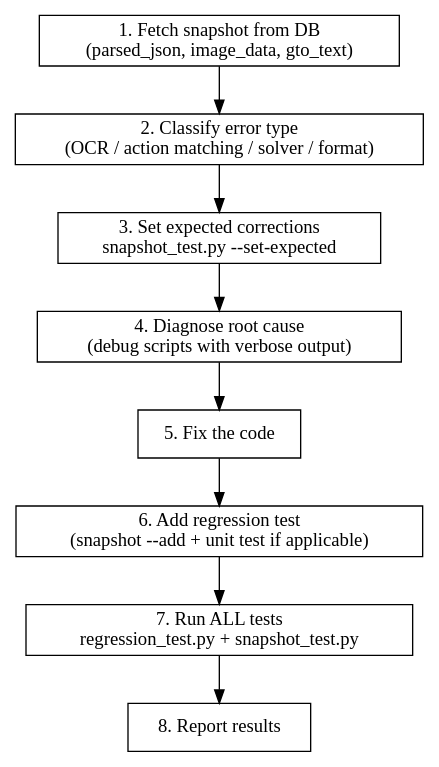
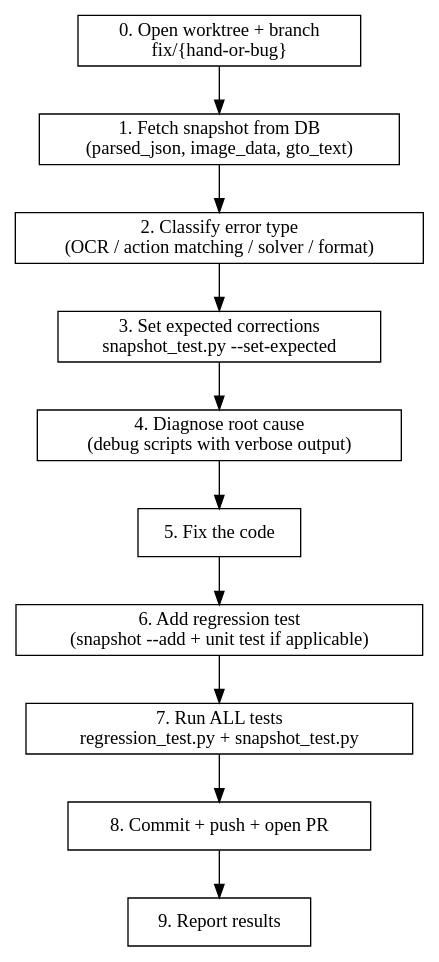
The diagram in .claude/skills/fix-hand/SKILL.md (a00012025/ai-poker-wizard), drawn with Graphviz before and after one commit. The commit also changed other lines of this file and 1 other file, not shown here.

First line of the commit message:
docs(workflow): make worktree the default dev strategy + bake it into fix-hand (#55)

````diff
--- a/.claude/skills/fix-hand/SKILL.md
+++ b/.claude/skills/fix-hand/SKILL.md
@@ -25,17 +25,19 @@
 ```dot
 digraph fix_hand {
   rankdir=TB;
   node [shape=box];
 
+  worktree [label="0. Open worktree + branch\nfix/{hand-or-bug}"];
   fetch [label="1. Fetch snapshot from DB\n(parsed_json, image_data, gto_text)"];
   classify [label="2. Classify error type\n(OCR / action matching / solver / format)"];
   set_expected [label="3. Set expected corrections\nsnapshot_test.py --set-expected"];
   diagnose [label="4. Diagnose root cause\n(debug scripts with verbose output)"];
   fix [label="5. Fix the code"];
   add_test [label="6. Add regression test\n(snapshot --add + unit test if applicable)"];
   verify [label="7. Run ALL tests\nregression_test.py + snapshot_test.py"];
-  done [label="8. Report results"];
+  pr [label="8. Commit + push + open PR"];
+  done [label="9. Report results"];
 
-  fetch -> classify -> set_expected -> diagnose -> fix -> add_test -> verify -> done;
+  worktree -> fetch -> classify -> set_expected -> diagnose -> fix -> add_test -> verify -> pr -> done;
 }
 ```
````
